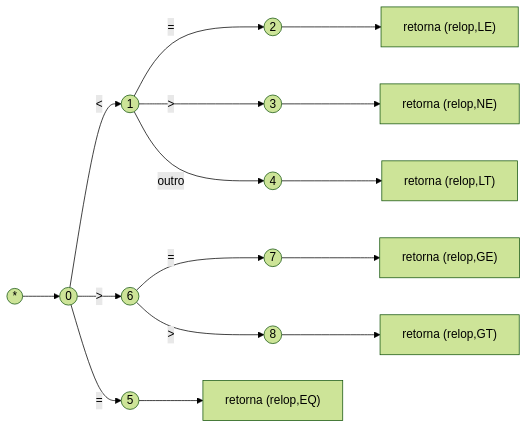
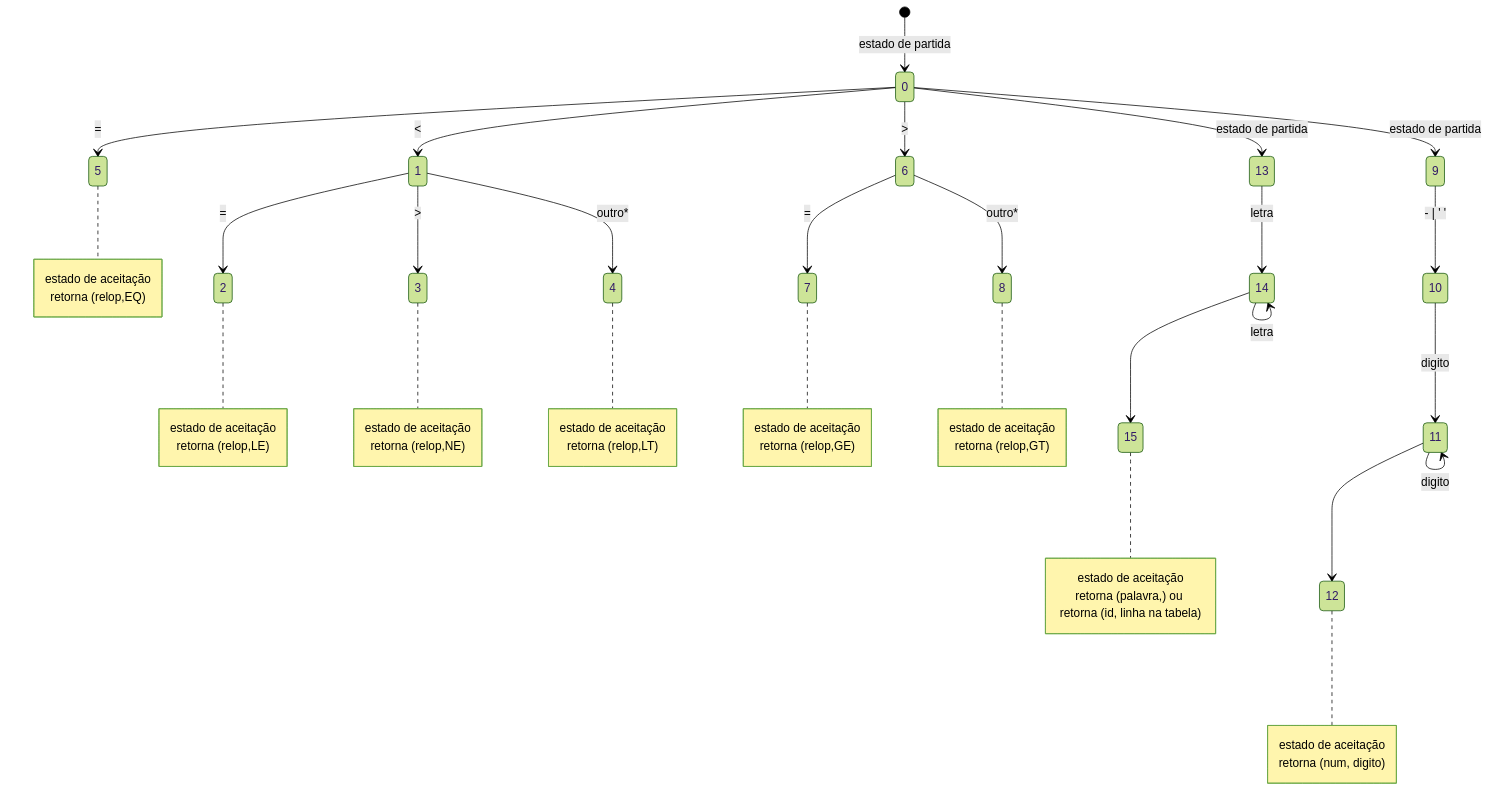
One commit to lucas-lobato/UERJ changed the diagram in teoria da computacao/Trabalho/README.md. Above: the diagram before and after it, drawn with Mermaid (forest theme). The commit also changed other lines of this file, not shown here.

Commit message:
expressão regular e diagrama

````diff
--- a/teoria da computacao/Trabalho/README.md
+++ b/teoria da computacao/Trabalho/README.md
@@ -6,12 +12,57 @@
 ```mermaid
-graph LR
-a((*))-->0;
-0((0)) -- < -->1((1));
-1 -- = -->2((2)) --> r["retorna (relop,LE)"];
-1 -- > -->3((3)) --> p["retorna (relop,NE)"];
-1 -- outro -->4((4)) --> q["retorna (relop,LT)"];
-0 -- > -->6((6));
-6 -- = -->7((7)) --> t["retorna (relop,GE)"];
-6 -- > -->8((8)) --> u["retorna (relop,GT)"];
-0 -- = -->5((5)) --> s["retorna (relop,EQ)"];
+stateDiagram-v2
+    state 8
+    [*] --> 0: estado de partida
+    0 --> 1: <
+    1 --> 2: =
+    1 --> 3: >
+    1 --> 4: outro*
+    note right of 2
+        estado de aceitação
+        retorna (relop,LE)
+    end note
+    note right of 3
+        estado de aceitação
+        retorna (relop,NE)
+    end note
+    note right of 4
+        estado de aceitação
+        retorna (relop,LT)
+    end note
+    0 --> 6: >
+    0 --> 5: =
+    note right of 5
+        estado de aceitação
+        retorna (relop,EQ)
+    end note
+    6 --> 7: =
+    note right of 7
+        estado de aceitação
+        retorna (relop,GE)
+    end note
+    6 --> 8: outro*
+    note right of 8
+        estado de aceitação
+        retorna (relop,GT)
+    end note
+
+    0 --> 9: estado de partida
+    9 --> 10: - | ' '
+    10 --> 11: digito
+    11 --> 11: digito
+    11 --> 12
+    note right of 12
+        estado de aceitação
+        retorna (num, digito)
+    end note
+
+    0 --> 13: estado de partida
+    13 --> 14: letra
+    14 --> 14: letra
+    14 --> 15
+    note right of 15
+        estado de aceitação
+        retorna (palavra,) ou retorna (id, linha na tabela)
+    end note
+    
 ```
````
